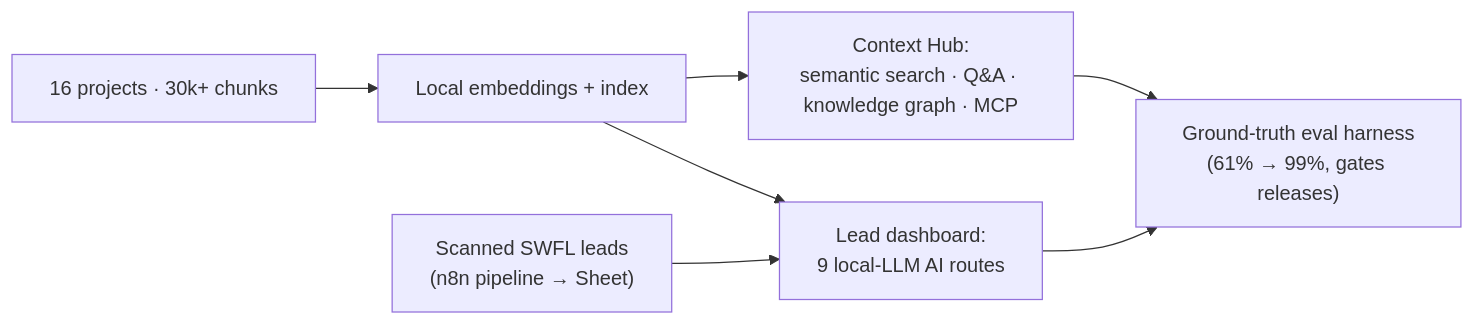
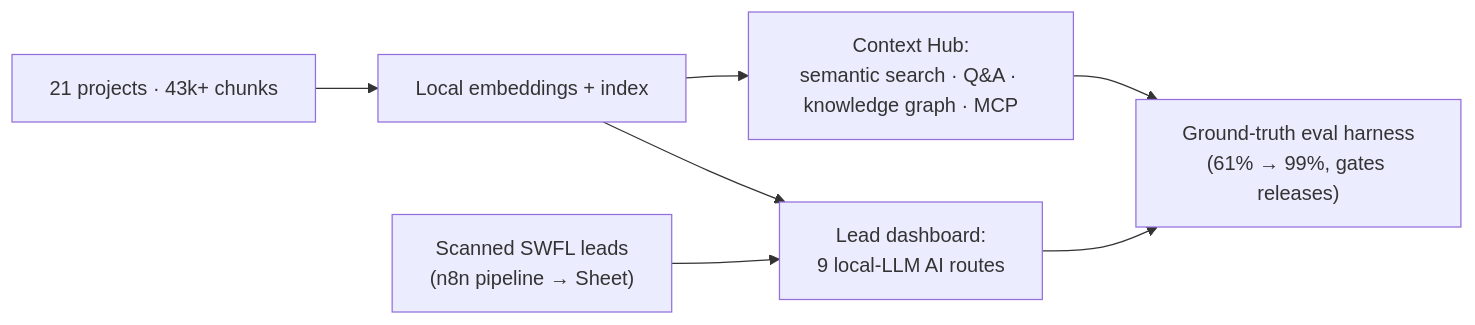
Before and after one commit to SFX-TECH/sfx-lead-intelligence: the diagram in README.md, drawn with Mermaid. The commit also changed other lines of this file, not shown here.

First line of the commit message:
docs: update hub scale to 21 projects / 43,006 chunks

````diff
--- a/README.md
+++ b/README.md
@@ -41,9 +41,9 @@
 ```mermaid
 flowchart LR
-    P["16 projects · 30k+ chunks"] --> EMB["Local embeddings + index"]
+    P["21 projects · 43k+ chunks"] --> EMB["Local embeddings + index"]
     LEADS["Scanned SWFL leads<br/>(n8n pipeline → Sheet)"] --> DASH
     EMB --> HUB["Context Hub:<br/>semantic search · Q&A · knowledge graph · MCP"]
     EMB --> DASH["Lead dashboard:<br/>9 local-LLM AI routes"]
     HUB --> EVAL["Ground-truth eval harness<br/>(61% → 99%, gates releases)"]
     DASH --> EVAL
 ```
````
